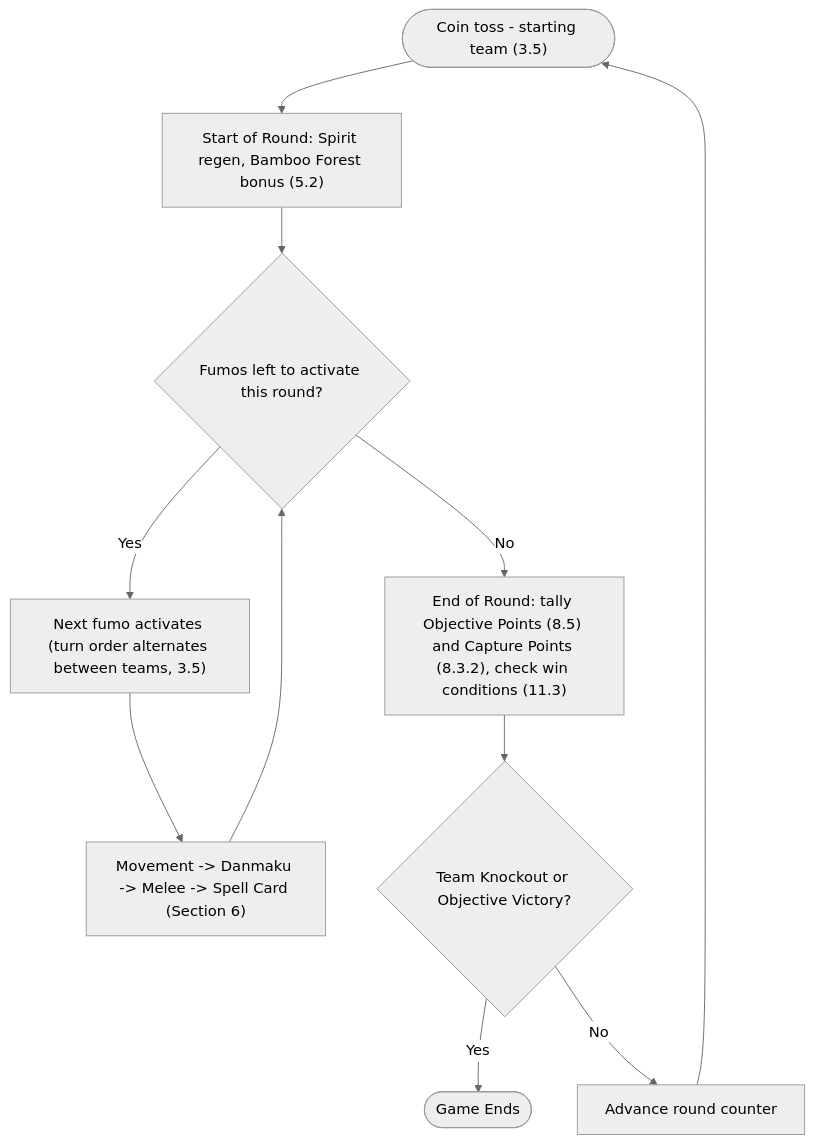
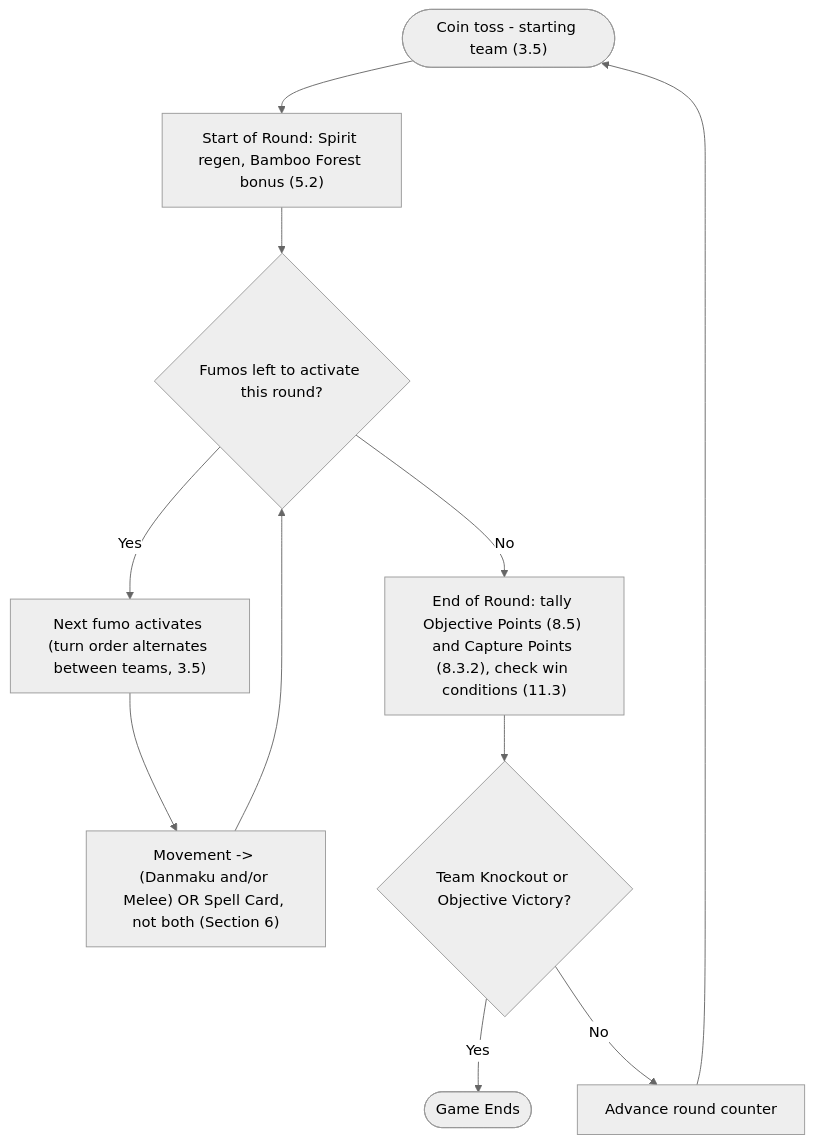
One commit to yumenegi/fumohammer changed the first of 2 diagrams in README.md. Above: the diagram before and after it, drawn with Mermaid (neutral theme). The commit also changed other lines of this file and 1 other file, not shown here.

````diff
--- a/README.md
+++ b/README.md
@@ -417,13 +433,13 @@
 ```mermaid
 flowchart TD
     A(["Coin toss - starting team (3.5)"]) --> B["Start of Round: Spirit regen, Bamboo Forest bonus (5.2)"]
     B --> C{"Fumos left to activate this round?"}
     C -->|Yes| D["Next fumo activates (turn order alternates between teams, 3.5)"]
-    D --> E["Movement -> Danmaku -> Melee -> Spell Card (Section 6)"]
+    D --> E["Movement -> (Danmaku and/or Melee) OR Spell Card, not both (Section 6)"]
     E --> C
     C -->|No| F["End of Round: tally Objective Points (8.5) and Capture Points (8.3.2), check win conditions (11.3)"]
     F --> G{"Team Knockout or Objective Victory?"}
     G -->|Yes| H(["Game Ends"])
     G -->|No| I["Advance round counter"]
     I --> A
 ```
````
